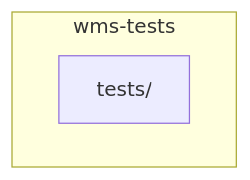
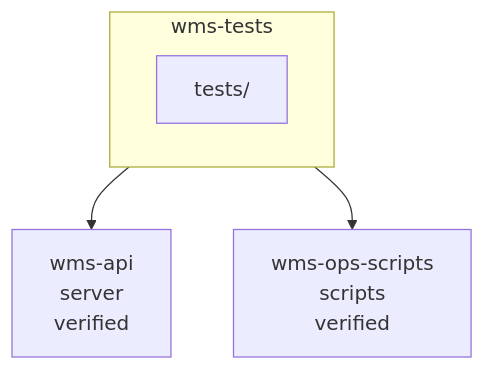
Before and after one commit to Islamce/WMS: the diagram in .ai/diagrams/component-wms-tests.md, drawn with Mermaid. The commit also changed other lines of this file and 94 other files, not shown here.

````diff
--- a/.ai/diagrams/component-wms-tests.md
+++ b/.ai/diagrams/component-wms-tests.md
@@ -7,6 +7,10 @@
 ```mermaid
 graph TB
   subgraph wms_tests_box["wms-tests"]
     ep_tests["tests/"]
   end
+  wms_api["wms-api<br/>server<br/>verified"]
+  wms_tests_box --> wms_api
+  wms_ops_scripts["wms-ops-scripts<br/>scripts<br/>verified"]
+  wms_tests_box --> wms_ops_scripts
 ```
````
